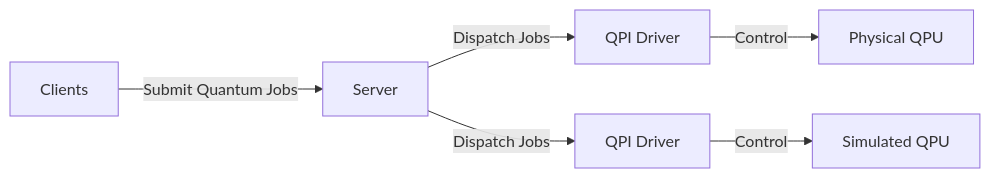
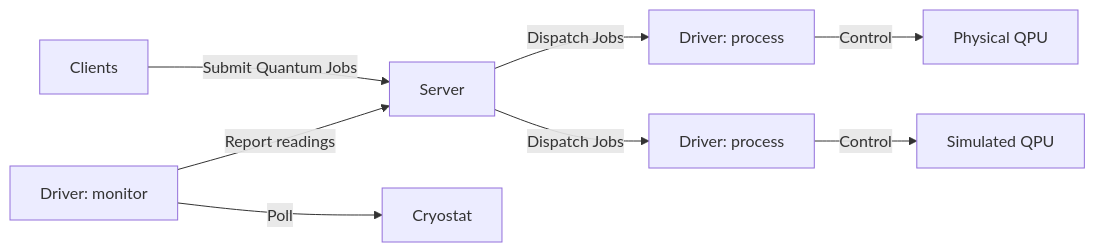
One commit to ch-ahindura/qpi changed the first of 2 diagrams in README.md. Above: the diagram before and after it, drawn with Mermaid. The commit also changed other lines of this file and 11 other files, not shown here.

````diff
--- a/README.md
+++ b/README.md
@@ -32,8 +32,10 @@
 ```mermaid
 flowchart LR
     User[Clients] -->|Submit Quantum Jobs| Server
-    Server -->|Dispatch Jobs| Driver1[QPI Driver]
-    Server -->|Dispatch Jobs| Driver2[QPI Driver]
+    Server -->|Dispatch Jobs| Driver1[Driver: process]
+    Server -->|Dispatch Jobs| Driver2[Driver: process]
+    Driver3[Driver: monitor] -->|Report readings| Server
     Driver1 -->|Control| Hardware1[Physical QPU]
     Driver2 -->|Control| Hardware2[Simulated QPU]
+    Driver3 -->|Poll| Hardware3[Cryostat]
 ```
````
